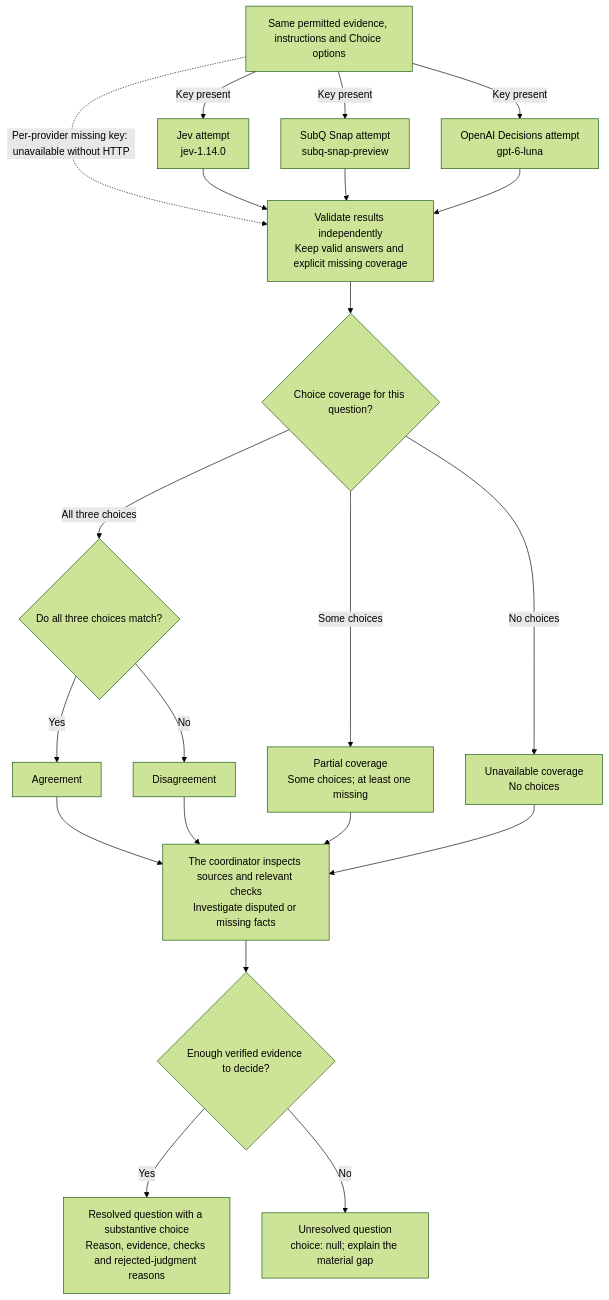
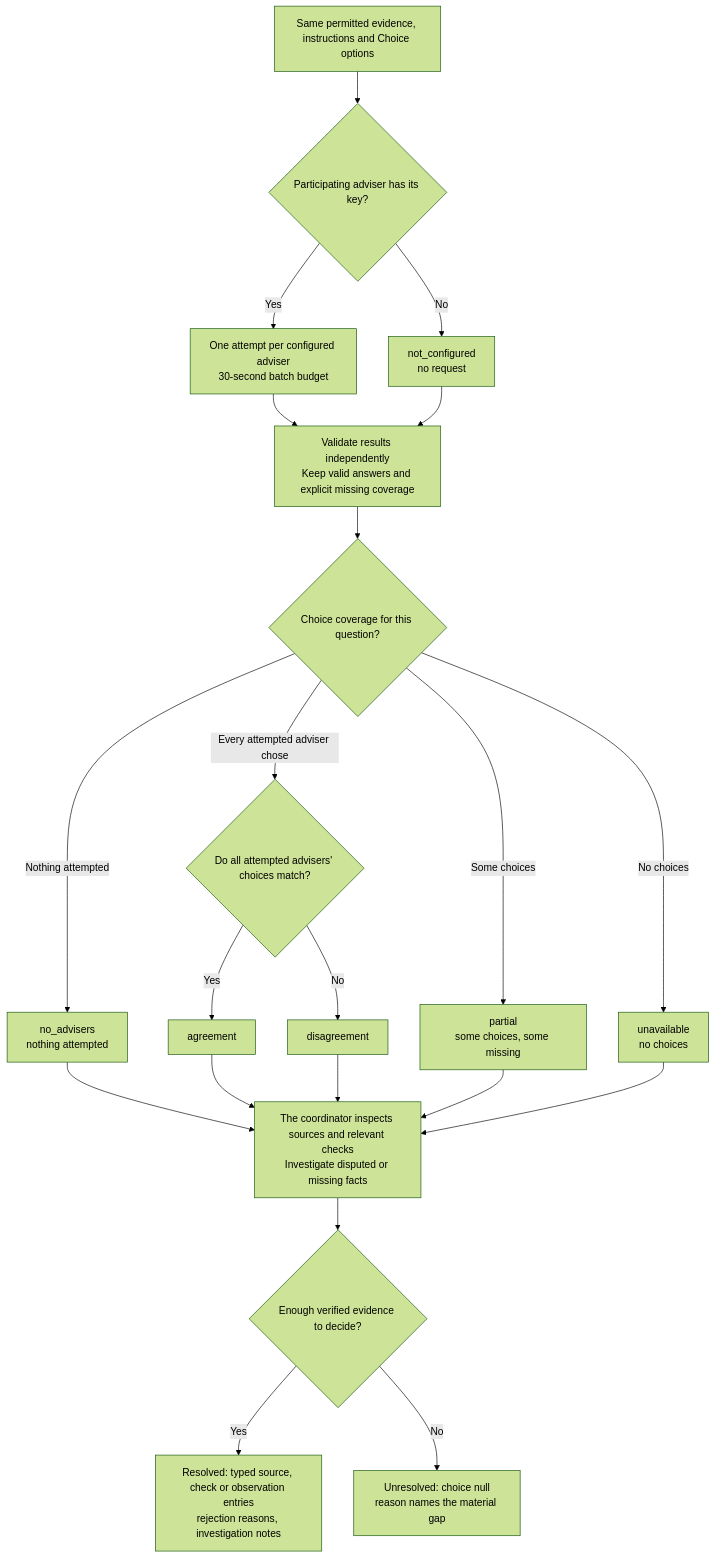
One commit to belevtsev/agent-workflows changed the second of 2 diagrams in docs/decision-flow.md. Above: the diagram before and after it, drawn with Mermaid (forest theme). The commit also changed other lines of this file and 272 other files, not shown here.

````diff
--- a/docs/decision-flow.md
+++ b/docs/decision-flow.md
@@ -51,39 +62,40 @@
 ```mermaid
 flowchart TD
     Input[Same permitted evidence, instructions and Choice options]
-    Jev[Jev attempt<br/>jev-1.14.0]
-    Snap[SubQ Snap attempt<br/>subq-snap-preview]
-    OpenAI[OpenAI Decisions attempt<br/>gpt-6-luna]
+    Set{Participating adviser has its key?}
+    Skip[not_configured<br/>no request]
+    Attempt[One attempt per configured adviser<br/>30-second batch budget]
     Validate[Validate results independently<br/>Keep valid answers and explicit missing coverage]
     Coverage{Choice coverage for this question?}
-    Match{Do all three choices match?}
-    Agree[Agreement]
-    Differ[Disagreement]
-    Partial[Partial coverage<br/>Some choices; at least one missing]
-    None[Unavailable coverage<br/>No choices]
+    Match{Do all attempted advisers' choices match?}
+    NoAdv[no_advisers<br/>nothing attempted]
+    Agree[agreement]
+    Differ[disagreement]
+    Partial[partial<br/>some choices, some missing]
+    None[unavailable<br/>no choices]
     Evidence[The coordinator inspects sources and relevant checks<br/>Investigate disputed or missing facts]
     Facts{Enough verified evidence to decide?}
-    Resolved[Resolved question with a substantive choice<br/>Reason, evidence, checks and rejected-judgment reasons]
-    Unresolved[Unresolved question<br/>choice: null; explain the material gap]
+    Resolved[Resolved: typed source, check or observation entries<br/>rejection reasons, investigation notes]
+    Unresolved[Unresolved: choice null<br/>reason names the material gap]
 
-    Input -->|Key present| Jev
-    Input -->|Key present| Snap
-    Input -->|Key present| OpenAI
-    Input -.->|Per-provider missing key: unavailable without HTTP| Validate
-    Jev --> Validate
-    Snap --> Validate
-    OpenAI --> Validate
+    Input --> Set
+    Set -->|No| Skip
+    Set -->|Yes| Attempt
+    Attempt --> Validate
+    Skip --> Validate
     Validate --> Coverage
-    Coverage -->|All three choices| Match
+    Coverage -->|Nothing attempted| NoAdv
+    Coverage -->|Every attempted adviser chose| Match
     Match -->|Yes| Agree
     Match -->|No| Differ
     Coverage -->|Some choices| Partial
     Coverage -->|No choices| None
+    NoAdv --> Evidence
     Agree --> Evidence
     Differ --> Evidence
     Partial --> Evidence
     None --> Evidence
     Evidence --> Facts
     Facts -->|Yes| Resolved
     Facts -->|No| Unresolved
 ```
````
